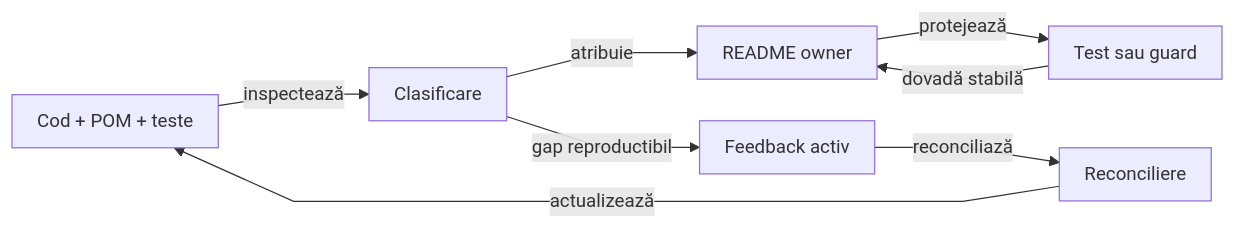
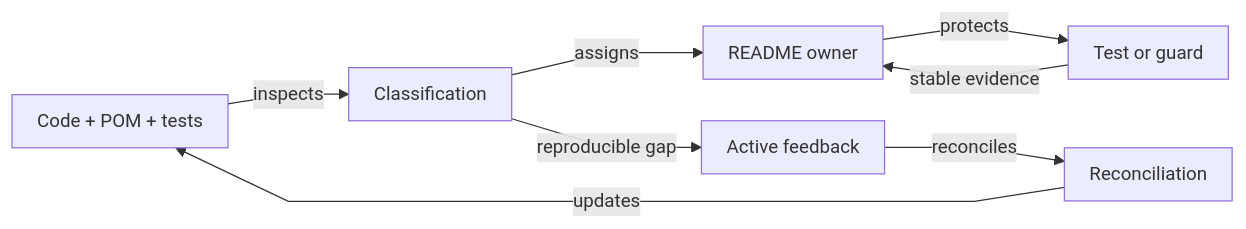
Before and after one commit to crististefanita/atf_j0: the diagram in docs/README_Atf_DocumentationBestPractices.md, drawn with Mermaid. The commit also changed other lines of this file and 113 other files, not shown here.

````diff
--- a/docs/README_Atf_DocumentationBestPractices.md
+++ b/docs/README_Atf_DocumentationBestPractices.md
@@ -82,17 +72,17 @@
 ```mermaid
 %%{init: {"themeVariables":{"fontSize":"15px"},"themeCSS":".nodeLabel, .nodeLabel p { font-size: 15px !important; line-height: 1.35 !important; } .edgeLabel, .edgeLabel p { font-size: 12px !important; font-weight: 400 !important; line-height: 1.2 !important; } .edgeLabel .labelBkg, .edgeLabel p { background: transparent !important; } .edgeLabel foreignObject { transform: translateY(-28px); overflow: visible; } .node rect { rx: 6px; ry: 6px; } .edgeLabel [data-id=\"L_Gate_Owner_0\"] foreignObject { transform: translate(0px, -18px); }","flowchart":{"curve":"linear","nodeSpacing":24,"rankSpacing":40,"padding":10,"diagramPadding":24}}}%%
 flowchart LR
-    Live[Cod + POM + teste]
-    Classify[Clasificare]
+    Live[Code + POM + tests]
+    Classify[Classification]
     Owner[README owner]
-    Gate[Test sau guard]
-    Feedback[Feedback activ]
-    Reconcile[Reconciliere]
-    Live -->|inspectează| Classify
-    Classify -->|atribuie| Owner
-    Owner -->|protejează| Gate
-    Gate -->|dovadă stabilă| Owner
-    Classify -->|gap reproductibil| Feedback
-    Feedback -->|reconciliază| Reconcile
-    Reconcile -->|actualizează| Live
+    Gate[Test or guard]
+    Feedback[Active feedback]
+    Reconcile[Reconciliation]
+    Live -->|inspects| Classify
+    Classify -->|assigns| Owner
+    Owner -->|protects| Gate
+    Gate -->|stable evidence| Owner
+    Classify -->|reproducible gap| Feedback
+    Feedback -->|reconciles| Reconcile
+    Reconcile -->|updates| Live
 ```
````
